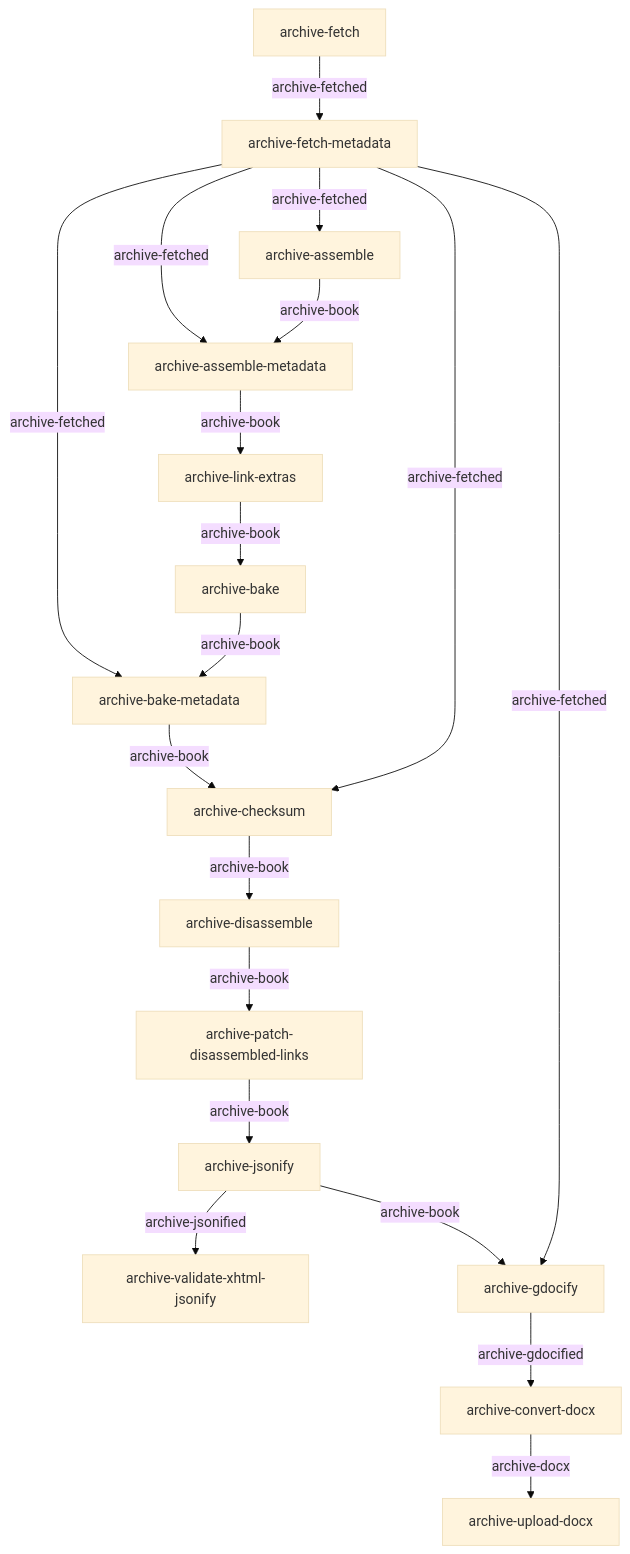
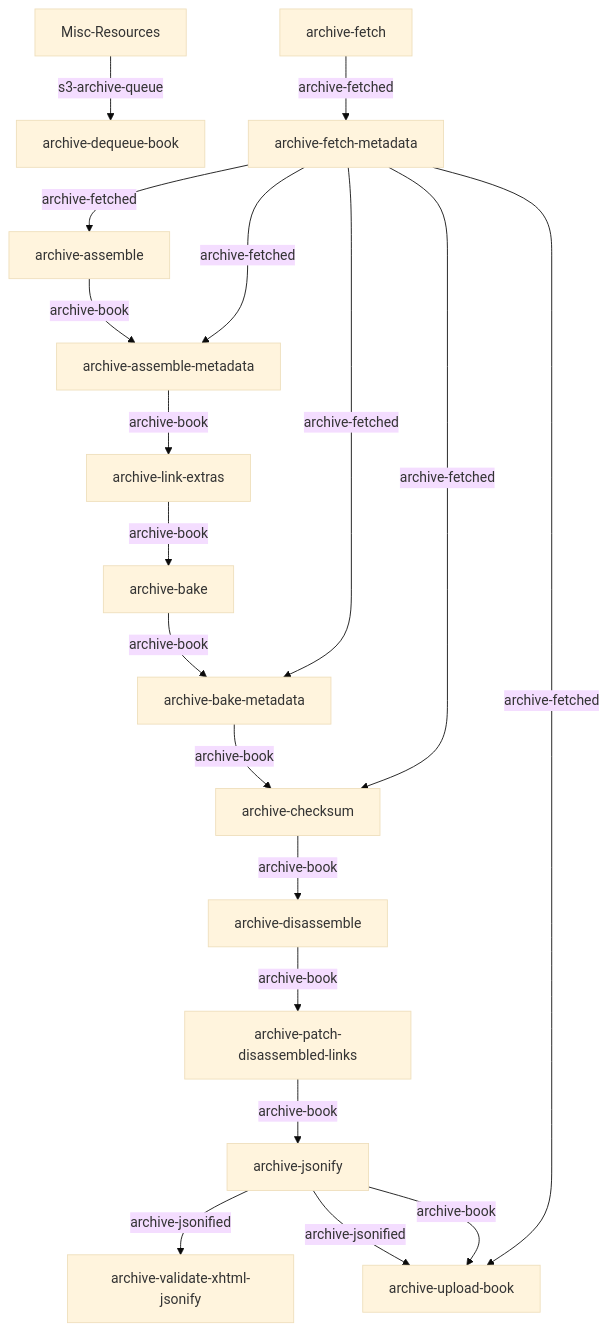
The sixth of 6 diagrams in build-concourse/graphs/README.md (openstax/enki), drawn with Mermaid (base theme) before and after one commit. The commit also changed other lines of this file and 38 other files, not shown here.

````diff
--- a/build-concourse/graphs/README.md
+++ b/build-concourse/graphs/README.md
@@ -111,21 +142,21 @@
 ```mermaid
 graph TB
+    Misc-Resources -- s3-archive-queue --> archive-dequeue-book
     archive-fetch -- archive-fetched --> archive-fetch-metadata
     archive-fetch-metadata -- archive-fetched --> archive-assemble
     archive-fetch-metadata -- archive-fetched --> archive-assemble-metadata
     archive-assemble -- archive-book --> archive-assemble-metadata
     archive-assemble-metadata -- archive-book --> archive-link-extras
     archive-link-extras -- archive-book --> archive-bake
     archive-fetch-metadata -- archive-fetched --> archive-bake-metadata
     archive-bake -- archive-book --> archive-bake-metadata
     archive-bake-metadata -- archive-book --> archive-checksum
     archive-fetch-metadata -- archive-fetched --> archive-checksum
     archive-checksum -- archive-book --> archive-disassemble
     archive-disassemble -- archive-book --> archive-patch-disassembled-links
     archive-patch-disassembled-links -- archive-book --> archive-jsonify
     archive-jsonify -- archive-jsonified --> archive-validate-xhtml-jsonify
-    archive-jsonify -- archive-book --> archive-gdocify
-    archive-fetch-metadata -- archive-fetched --> archive-gdocify
-    archive-gdocify -- archive-gdocified --> archive-convert-docx
-    archive-convert-docx -- archive-docx --> archive-upload-docx
+    archive-fetch-metadata -- archive-fetched --> archive-upload-book
+    archive-jsonify -- archive-jsonified --> archive-upload-book
+    archive-jsonify -- archive-book --> archive-upload-book
 ```
````
